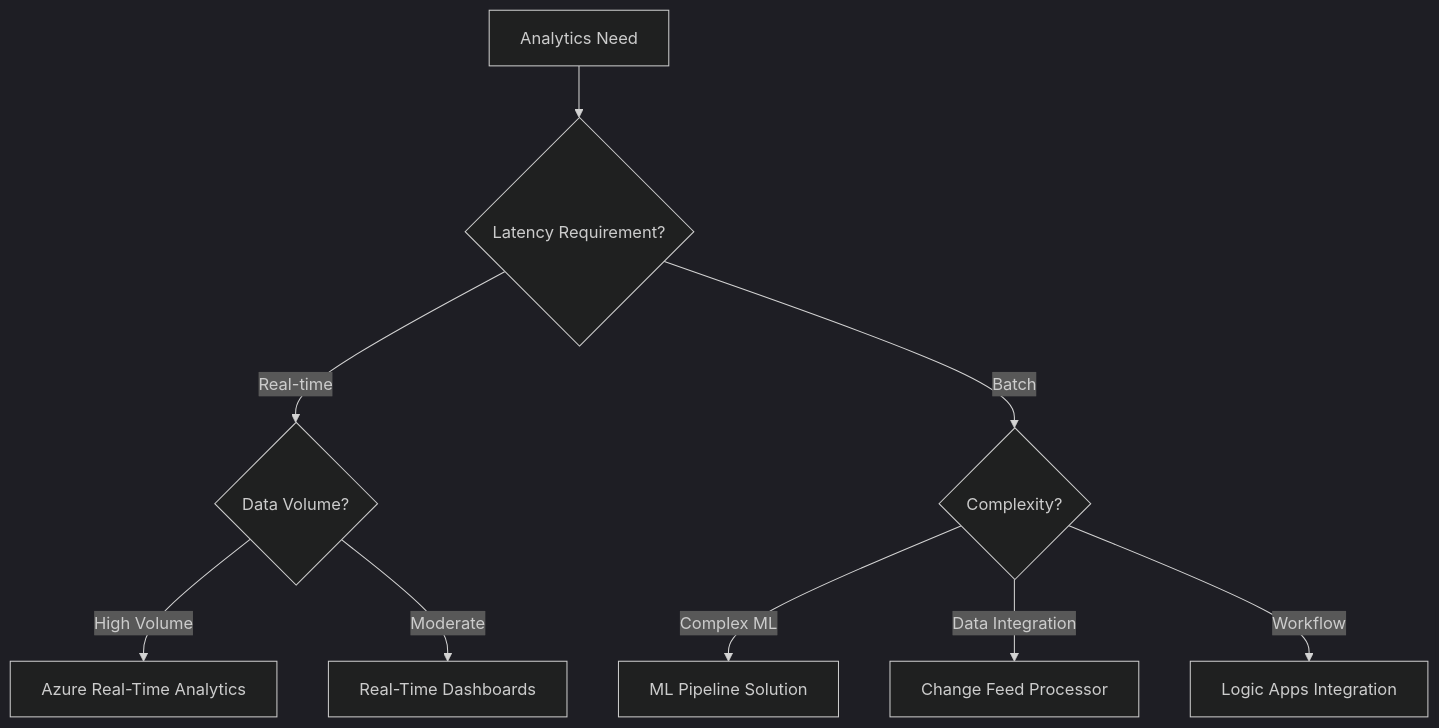
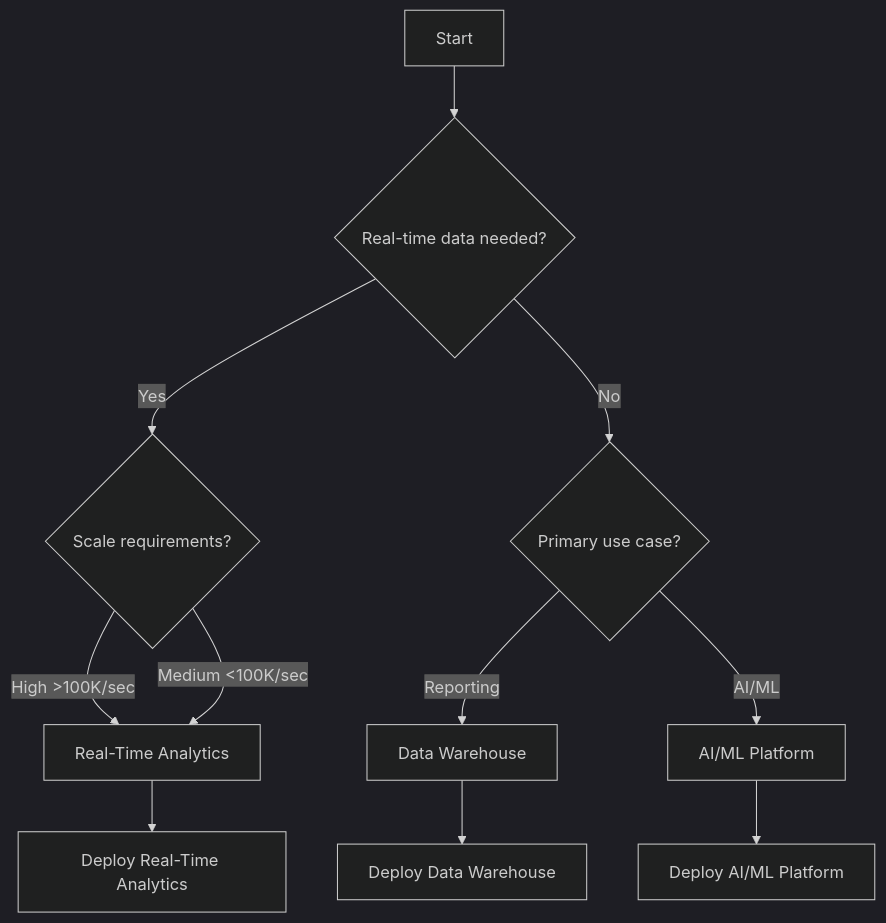
One commit to fgarofalo56/csa-inabox-docs changed the diagram in docs/08-solutions/README.md. Above: the diagram before and after it, drawn with Mermaid (dark theme). The commit also changed other lines of this file and 634 other files, not shown here.

````diff
--- a/docs/08-solutions/README.md
+++ b/docs/08-solutions/README.md
@@ -49,13 +78,16 @@
 ```mermaid
-flowchart TD
-    A[Analytics Need] --> B{Latency Requirement?}
-    B -->|Real-time| C{Data Volume?}
-    B -->|Batch| D{Complexity?}
-
-    C -->|High Volume| E[Azure Real-Time Analytics]
-    C -->|Moderate| F[Real-Time Dashboards]
-
-    D -->|Complex ML| G[ML Pipeline Solution]
-    D -->|Data Integration| H[Change Feed Processor]
-    D -->|Workflow| I[Logic Apps Integration]
+graph TD
+    Start[Start] --> Q1{Real-time data needed?}
+    Q1 -->|Yes| Q2{Scale requirements?}
+    Q1 -->|No| Q3{Primary use case?}
+    
+    Q2 -->|High >100K/sec| RT[Real-Time Analytics]
+    Q2 -->|Medium <100K/sec| RT
+    
+    Q3 -->|Reporting| DW[Data Warehouse]
+    Q3 -->|AI/ML| ML[AI/ML Platform]
+    
+    RT --> End1[Deploy Real-Time Analytics]
+    DW --> End2[Deploy Data Warehouse]
+    ML --> End3[Deploy AI/ML Platform]
 ```
````
